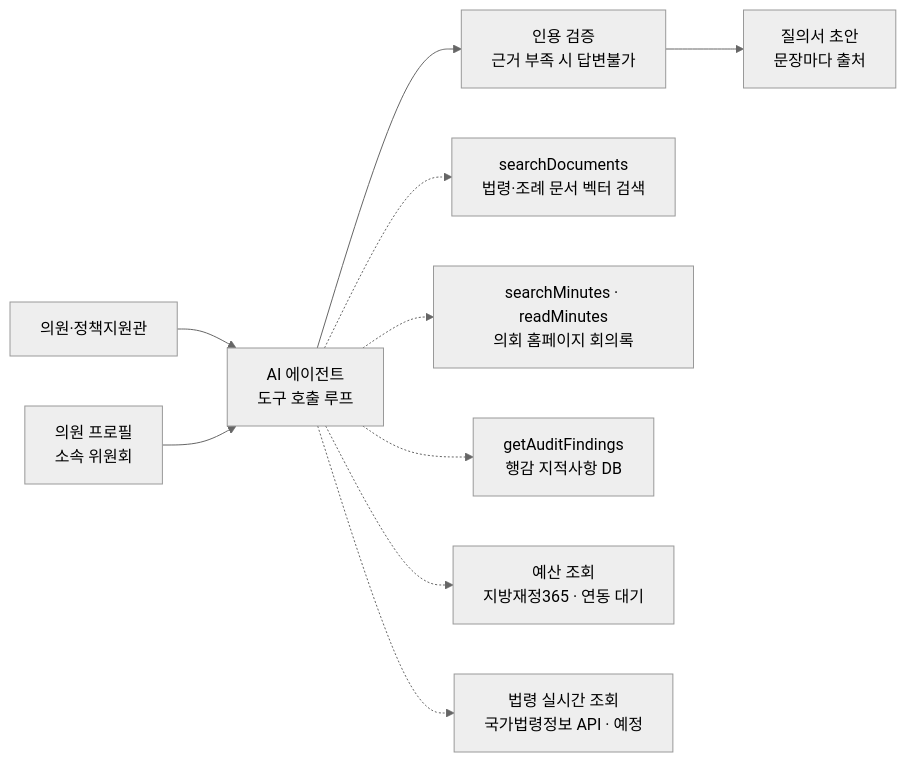
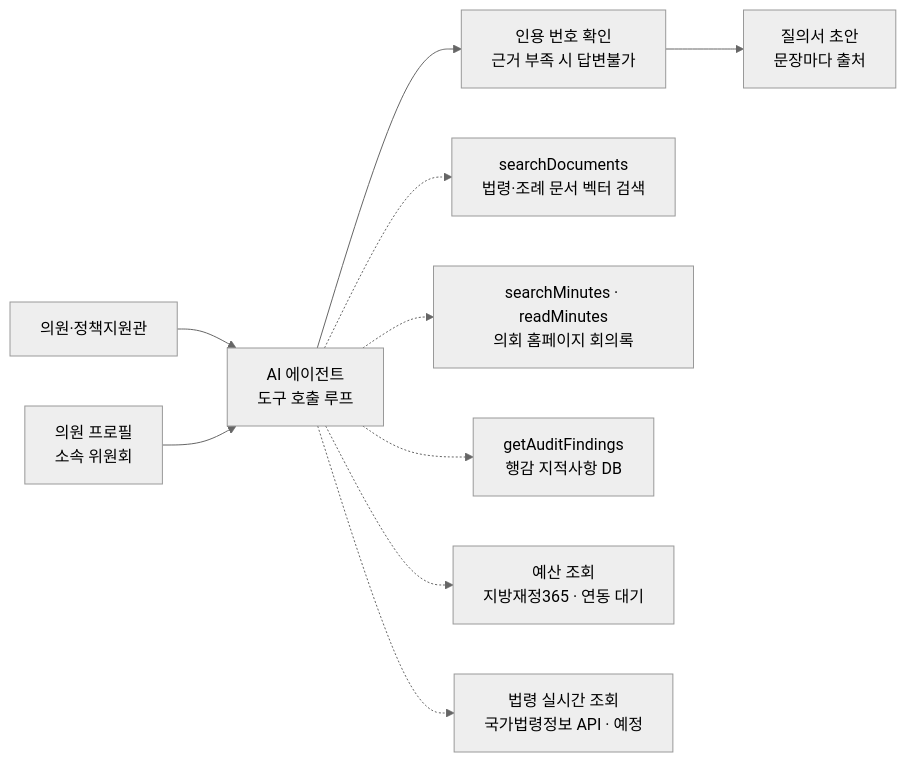
One commit to choby-pm/local_council_ai changed the diagram in docs/03-data-and-architecture.md. Above: the diagram before and after it, drawn with Mermaid (neutral theme). The commit also changed other lines of this file and 2 other files, not shown here.

````diff
--- a/docs/03-data-and-architecture.md
+++ b/docs/03-data-and-architecture.md
@@ -28,12 +28,12 @@
 ```mermaid
 flowchart LR
     U[의원·정책지원관] --> A[AI 에이전트<br/>도구 호출 루프]
-    A --> V[인용 검증<br/>근거 부족 시 답변불가]
+    A --> V[인용 번호 확인<br/>근거 부족 시 답변불가]
     V --> R[질의서 초안<br/>문장마다 출처]
     P[의원 프로필<br/>소속 위원회] --> A
     A -.-> T1[searchDocuments<br/>법령·조례 문서 벡터 검색]
     A -.-> T2[searchMinutes · readMinutes<br/>의회 홈페이지 회의록]
     A -.-> T3[getAuditFindings<br/>행감 지적사항 DB]
     A -.-> T4[예산 조회<br/>지방재정365 · 연동 대기]
     A -.-> T5[법령 실시간 조회<br/>국가법령정보 API · 예정]
 ```
````
